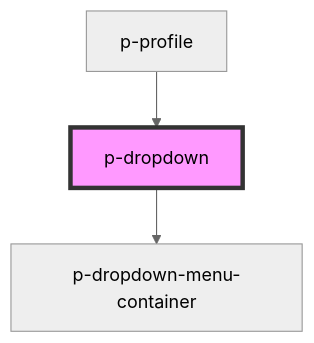
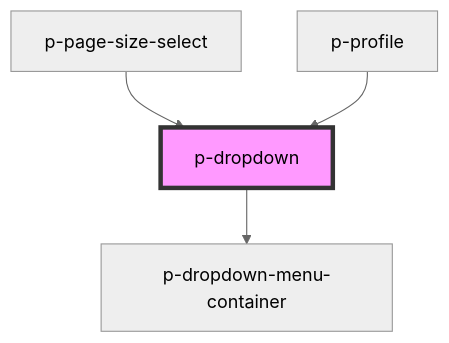
The diagram in packages/core/src/components/molecules/dropdown/readme.md (Employes/paperless), drawn with Mermaid (neutral theme) before and after one commit. The commit also changed other lines of this file and 2 other files, not shown here.

Commit message:
feat(Molecules/Dropdown): Add chevron position & direction

````diff
--- a/packages/core/src/components/molecules/dropdown/readme.md
+++ b/packages/core/src/components/molecules/dropdown/readme.md
@@ -48,6 +51,7 @@
 ```mermaid
 graph TD;
   p-dropdown --> p-dropdown-menu-container
+  p-page-size-select --> p-dropdown
   p-profile --> p-dropdown
   style p-dropdown fill:#f9f,stroke:#333,stroke-width:4px
 ```
````
